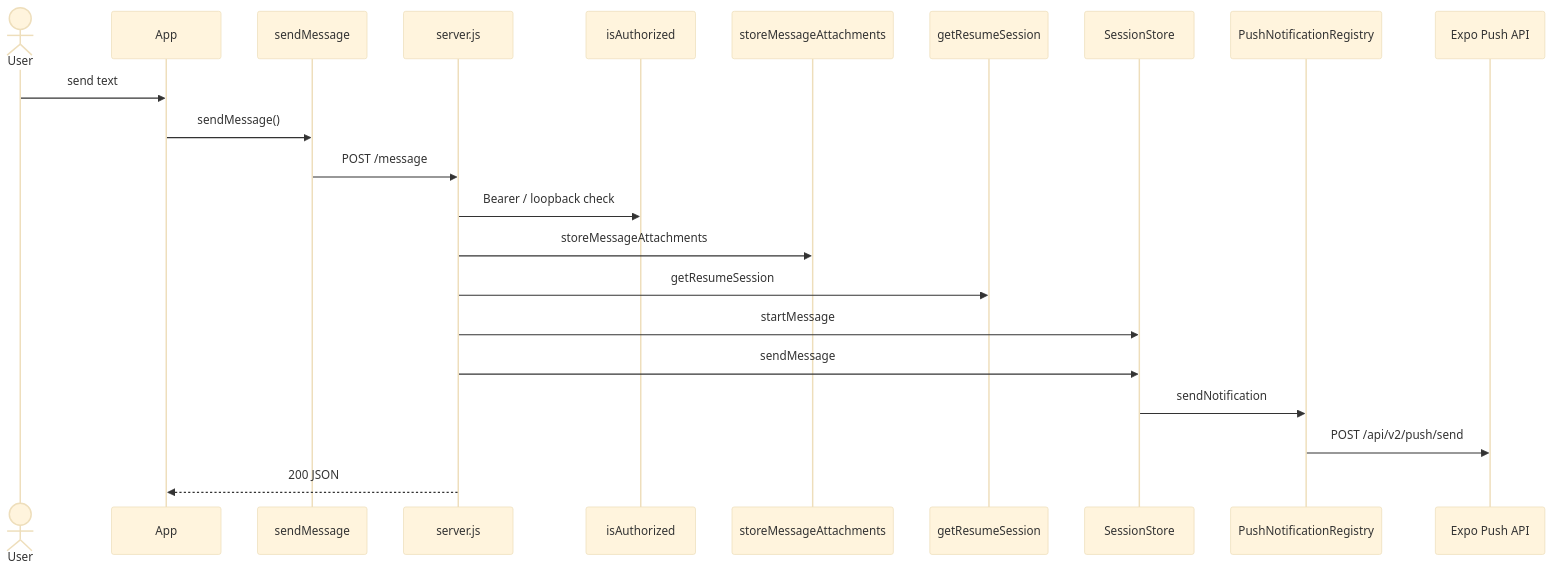
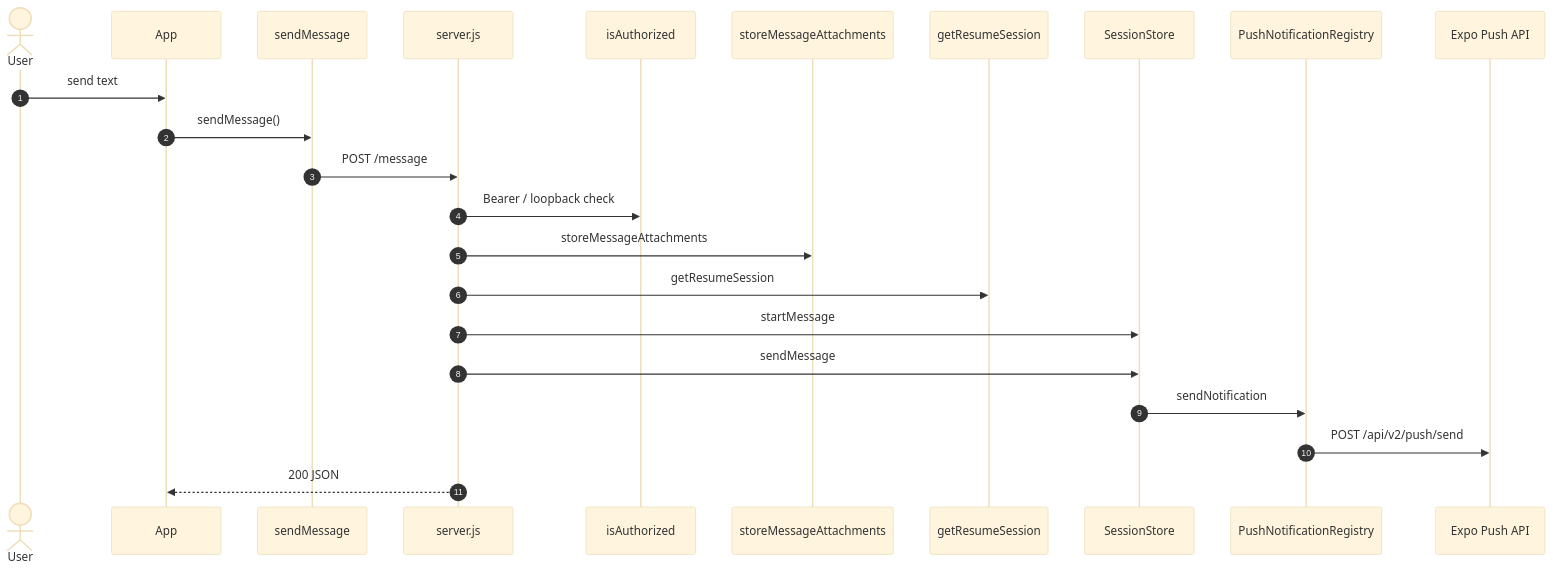
The fourth of 4 diagrams in examples/omp-phone-architecture.md (Dodhon/arch-map), drawn with Mermaid (base theme) before and after one commit. The commit also changed other lines of this file and 2 other files, not shown here.

Commit message:
feat(v2): add AST client data-flow extraction, storage semantic shapes, and split control/data plane views

````diff
--- a/examples/omp-phone-architecture.md
+++ b/examples/omp-phone-architecture.md
@@ -149,24 +185,25 @@
 ```mermaid
 sequenceDiagram
+    autonumber
     actor User
     participant App as App
     participant Api as sendMessage
     participant HTTP as server.js
     participant Auth as isAuthorized
     participant Attach as storeMessageAttachments
     participant Resume as getResumeSession
     participant Store as SessionStore
     participant Push as PushNotificationRegistry
     participant Expo as Expo Push API
     User->>App: send text
     App->>Api: sendMessage()
     Api->>HTTP: POST /message
     HTTP->>Auth: Bearer / loopback check
     HTTP->>Attach: storeMessageAttachments
     HTTP->>Resume: getResumeSession
     HTTP->>Store: startMessage
     HTTP->>Store: sendMessage
     Store->>Push: sendNotification
     Push->>Expo: POST /api/v2/push/send
     HTTP-->>App: 200 JSON
 ```
````
